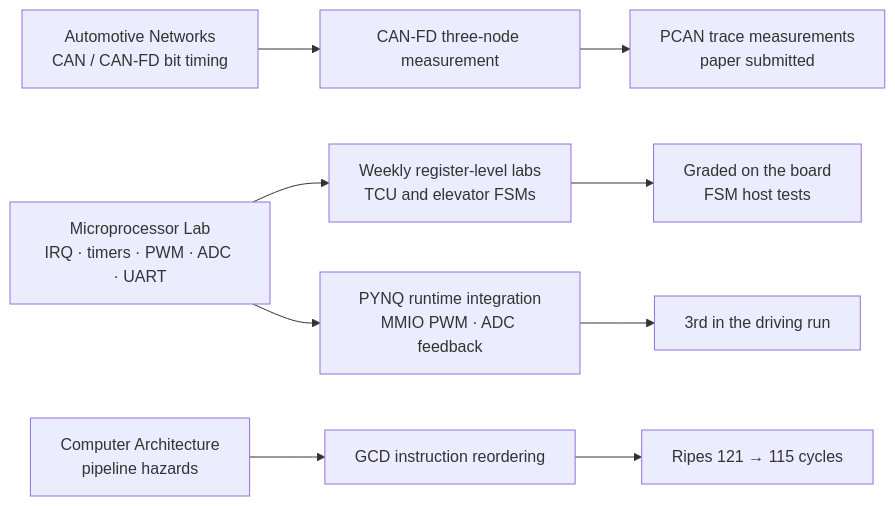
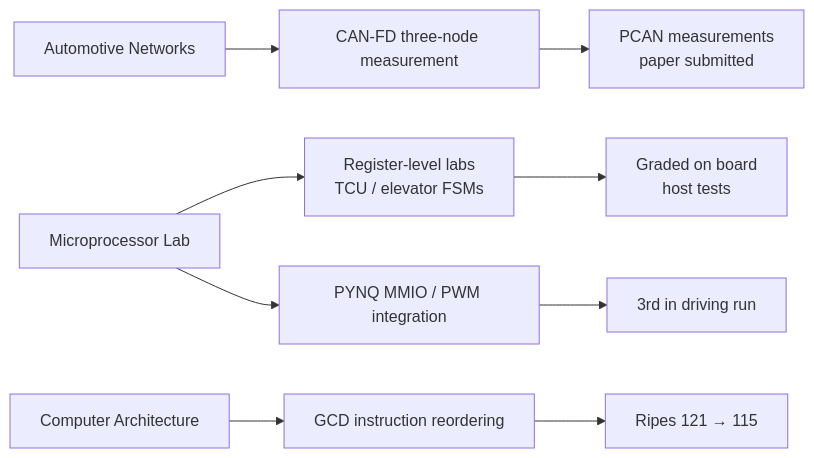
The diagram in README.en.md (choiYhunn/choiYhunn), drawn with Mermaid before and after one commit. The commit also changed 3 other files, not shown here.

````diff
--- a/README.en.md
+++ b/README.en.md
@@ -43,7 +43,7 @@
 ```mermaid
 flowchart LR
-    VN["Automotive Networks<br/>CAN / CAN-FD bit timing"] --> CF["CAN-FD three-node measurement"] --> CFV["PCAN trace measurements<br/>paper submitted"]
-    ML["Microprocessor Lab<br/>IRQ · timers · PWM · ADC · UART"] --> WL["Weekly register-level labs<br/>TCU and elevator FSMs"] --> WLV["Graded on the board<br/>FSM host tests"]
-    ML --> PQ["PYNQ runtime integration<br/>MMIO PWM · ADC feedback"] --> PQV["3rd in the driving run"]
-    CA["Computer Architecture<br/>pipeline hazards"] --> RV["GCD instruction reordering"] --> RVV["Ripes 121 → 115 cycles"]
+    VN["Automotive Networks"] --> CF["CAN-FD three-node measurement"] --> CFV["PCAN measurements<br/>paper submitted"]
+    ML["Microprocessor Lab"] --> WL["Register-level labs<br/>TCU / elevator FSMs"] --> WLV["Graded on board<br/>host tests"]
+    ML --> PQ["PYNQ MMIO / PWM integration"] --> PQV["3rd in driving run"]
+    CA["Computer Architecture"] --> RV["GCD instruction reordering"] --> RVV["Ripes 121 → 115"]
 ```
````
